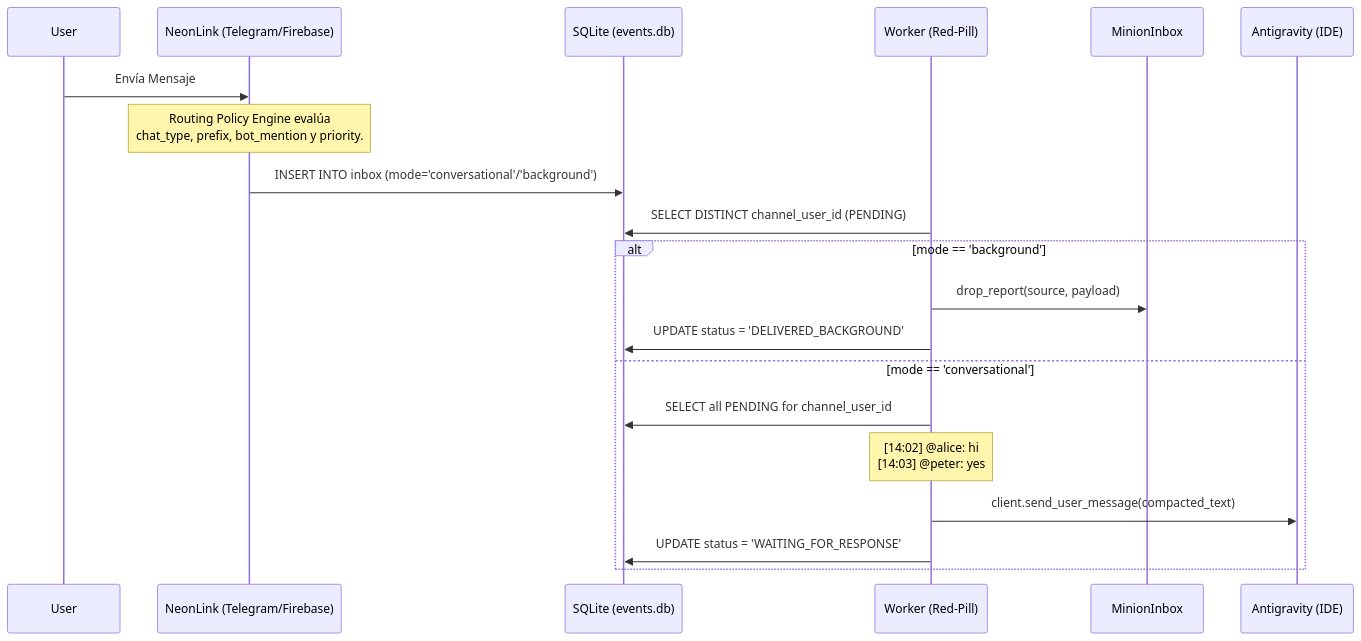
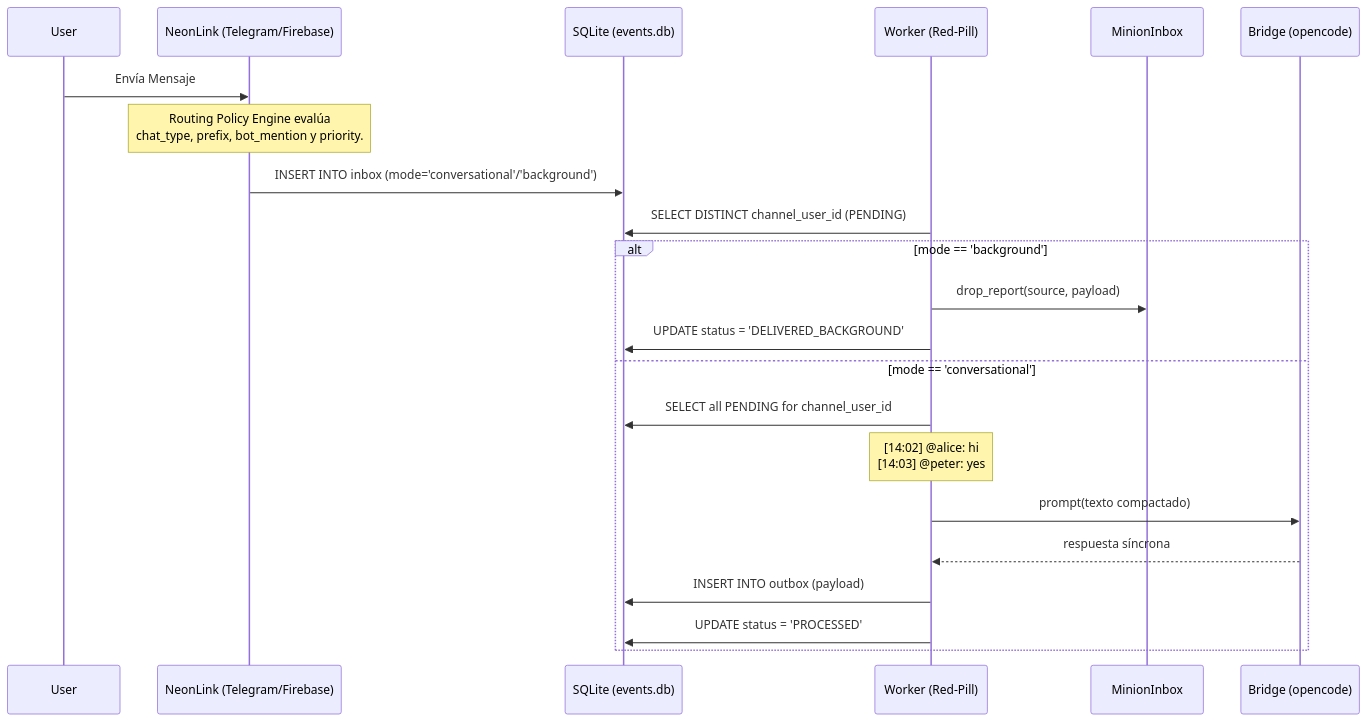
One commit to joanfgarcia/antigravity-red-pill changed the first of 2 diagrams in docs/TECHNICAL/SWARM/NEON_LINK_ROUTING.md. Above: the diagram before and after it, drawn with Mermaid. The commit also changed other lines of this file and 306 other files, not shown here.

````diff
--- a/docs/TECHNICAL/SWARM/NEON_LINK_ROUTING.md
+++ b/docs/TECHNICAL/SWARM/NEON_LINK_ROUTING.md
@@ -34,25 +34,27 @@
 ```mermaid
 sequenceDiagram
     participant User
     participant NeonLink (Telegram/Firebase)
     participant SQLite (events.db)
     participant Worker (Red-Pill)
     participant MinionInbox
-    participant Antigravity (IDE)
+    participant Bridge (opencode)
 
     User->>NeonLink (Telegram/Firebase): Envía Mensaje
     Note over NeonLink (Telegram/Firebase): Routing Policy Engine evalúa<br/>chat_type, prefix, bot_mention y priority.
     NeonLink (Telegram/Firebase)->>SQLite (events.db): INSERT INTO inbox (mode='conversational'/'background')
     
     Worker (Red-Pill)->>SQLite (events.db): SELECT DISTINCT channel_user_id (PENDING)
     
     alt mode == 'background'
         Worker (Red-Pill)->>MinionInbox: drop_report(source, payload)
         Worker (Red-Pill)->>SQLite (events.db): UPDATE status = 'DELIVERED_BACKGROUND'
     else mode == 'conversational'
         Worker (Red-Pill)->>SQLite (events.db): SELECT all PENDING for channel_user_id
         Note over Worker (Red-Pill): [14:02] @alice: hi<br/>[14:03] @peter: yes
-        Worker (Red-Pill)->>Antigravity (IDE): client.send_user_message(compacted_text)
-        Worker (Red-Pill)->>SQLite (events.db): UPDATE status = 'WAITING_FOR_RESPONSE'
+        Worker (Red-Pill)->>Bridge (opencode): prompt(texto compactado)
+        Bridge (opencode)-->>Worker (Red-Pill): respuesta síncrona
+        Worker (Red-Pill)->>SQLite (events.db): INSERT INTO outbox (payload)
+        Worker (Red-Pill)->>SQLite (events.db): UPDATE status = 'PROCESSED'
     end
 ```
````
